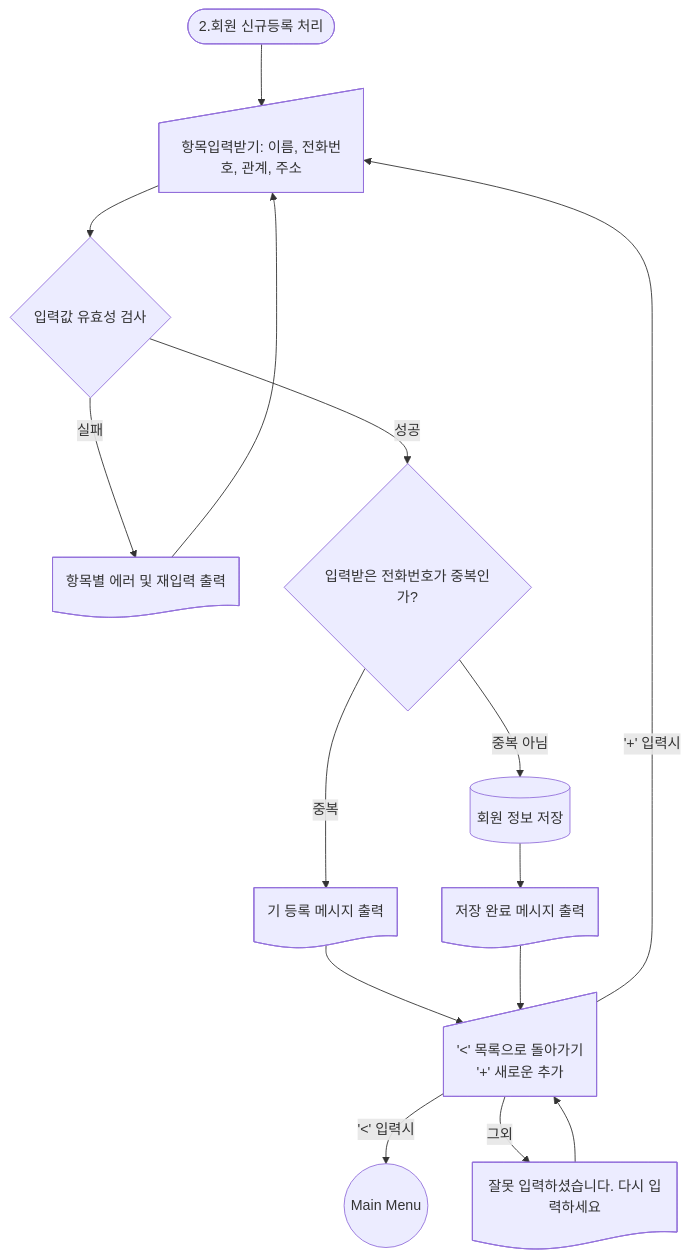
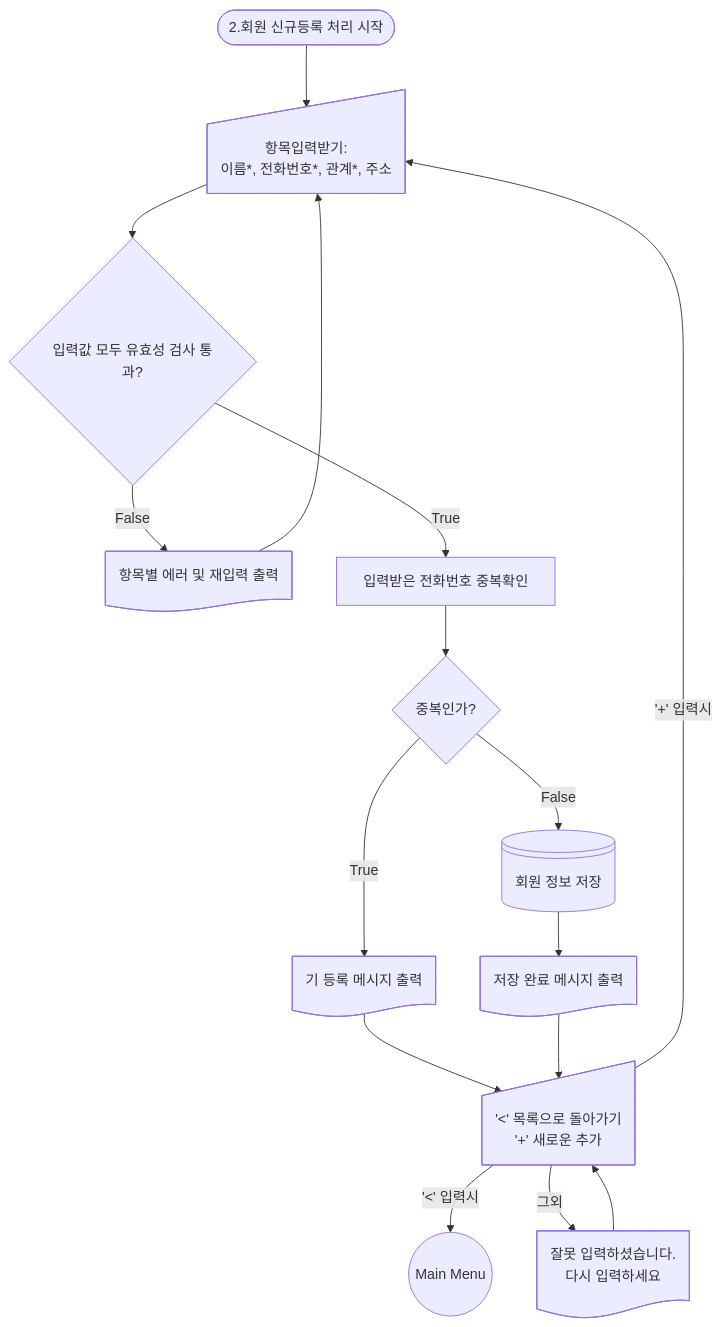
One commit to Happy-o3ov/big20-python-project1-team3 changed the diagram in docs/1stSubject_flowchart02_add.md. Above: the diagram before and after it, drawn with Mermaid. The commit also changed 11 other files, not shown here.

Commit message:
flowchart make up

````diff
--- a/docs/1stSubject_flowchart02_add.md
+++ b/docs/1stSubject_flowchart02_add.md
@@ -2,19 +2,20 @@
 ```mermaid
 graph TD
     %% 회원 추가 
-    Add([2.회원 신규등록 처리]);
-    Add --> inputItems@{ shape: sl-rect, label: "항목입력받기: 이름, 전화번호, 관계, 주소"};
-    inputItems --> validationItems{입력값 유효성 검사};
-    validationItems -- 실패 --> printError@{ shape: doc, label: "항목별 에러 및 재입력 출력"};
+    Add([2.회원 신규등록 처리 시작]);
+    Add --> inputItems@{ shape: sl-rect, label: "항목입력받기: <br>이름*, 전화번호*, 관계*, 주소"};
+    inputItems --> validationItems{입력값 모두 유효성 검사 통과?};
+    validationItems -- False --> printError@{ shape: doc, label: "항목별 에러 및 재입력 출력"};
     printError --> inputItems;
-    validationItems -- 성공 --> checkDuplication{ 입력받은 전화번호가 중복인가? };
-    checkDuplication -- 중복 --> printError2@{ shape: doc, label: "기 등록 메시지 출력"};
+    validationItems -- True --> checkDuplication[입력받은 전화번호 중복확인]
+    checkDuplication --> duplJudge{ 중복인가? };
+    duplJudge -- True --> printError2@{ shape: doc, label: "기 등록 메시지 출력"};
     printError2 --> subMenu;
-    checkDuplication -- 중복 아님 --> saveInfo[(회원 정보 저장)];
+    duplJudge -- False --> saveInfo@{ shape: lin-cyl, label: "회원 정보 저장" };
     saveInfo --> printSaved@{ shape: doc, label: "저장 완료 메시지 출력"};
-    printSaved --> subMenu@{ shape: sl-rect, label: "'<' 목록으로 돌아가기<br> '+' 새로운 추가"};
+    printSaved --> subMenu@{ shape: sl-rect, label: "'<' 목록으로 돌아가기 <br> '+' 새로운 추가"};
     subMenu -- '<' 입력시 --> Menu((Main Menu));
     subMenu -- '+' 입력시 --> inputItems;
-    subMenu -- 그외 --> errorInputPrint@{ shape: doc, label: "잘못 입력하셨습니다. 다시 입력하세요"};
+    subMenu -- 그외 --> errorInputPrint@{ shape: doc, label: "잘못 입력하셨습니다. <br> 다시 입력하세요"};
     errorInputPrint --> subMenu;
  ```
````
